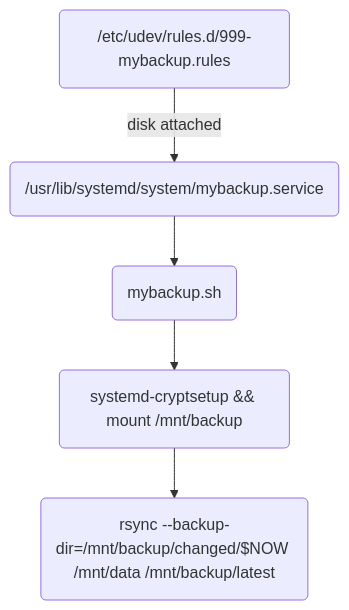
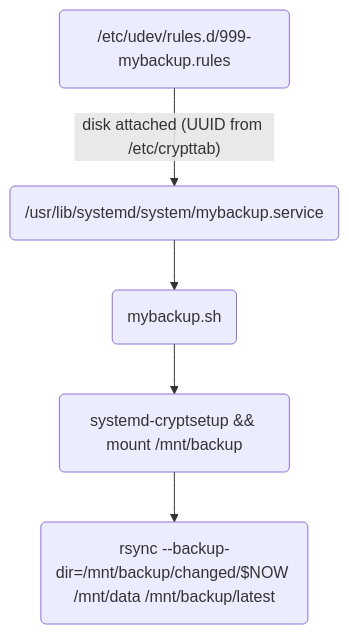
The diagram in README.md (andre-st/dotfiles), drawn with Mermaid before and after one commit.

````diff
--- a/README.md
+++ b/README.md
@@ -259,14 +259,14 @@
 ```mermaid
 flowchart TD
 
 	udev("/etc/udev/rules.d/999-mybackup.rules")
 	service("/usr/lib/systemd/system/mybackup.service")
 	sh("mybackup.sh")
 	mount("systemd-cryptsetup && mount /mnt/backup")
 	rsync("rsync --backup-dir=/mnt/backup/changed/$NOW /mnt/data /mnt/backup/latest")
 
-	udev-- disk attached -->service
+	udev-- disk attached (UUID from /etc/crypttab) -->service
 	service-->sh
 	sh-->mount
 	mount-->rsync	
 ```
````
